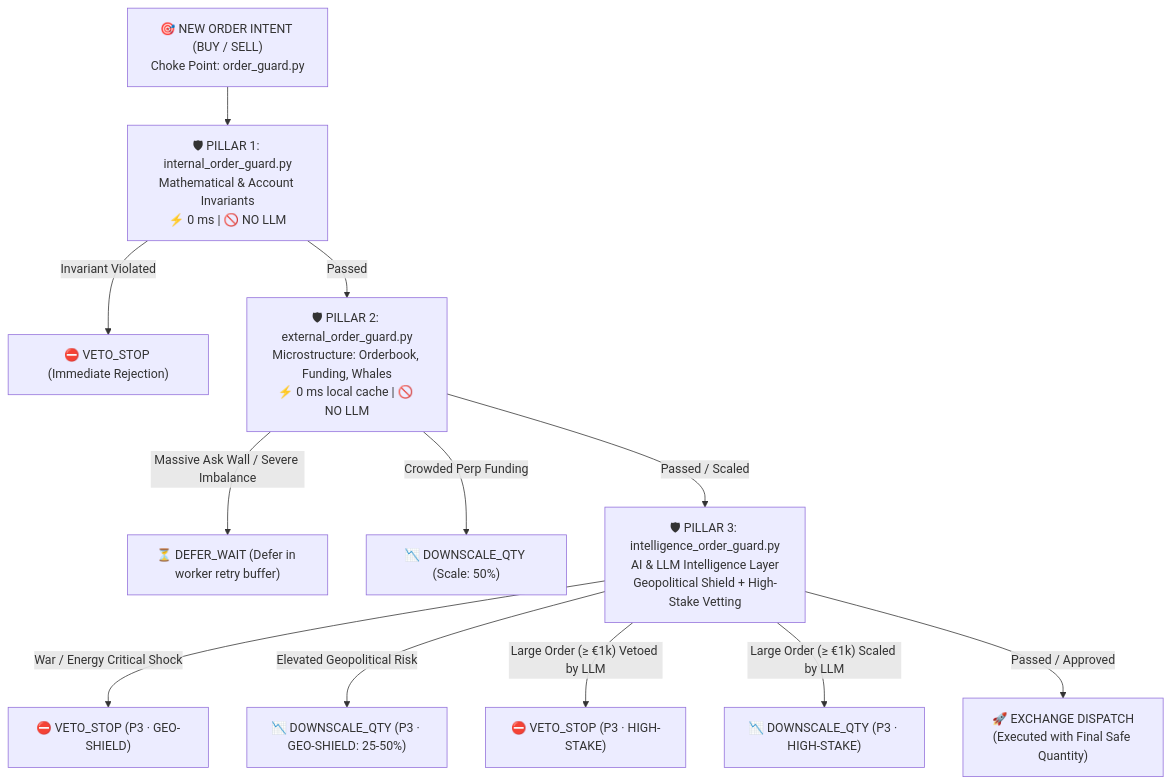
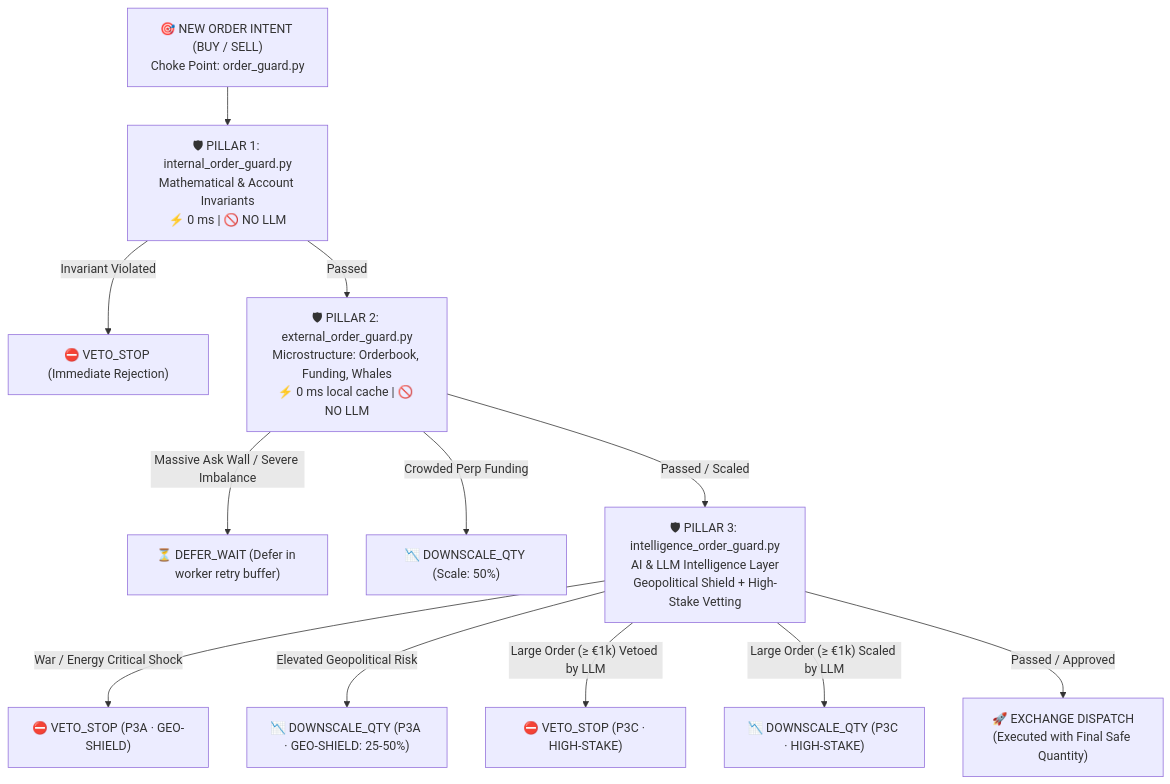
Before and after one commit to mpredut/mptrade: the diagram in docs/GUARDS_AND_BRAKES_ARCHITECTURE.md, drawn with Mermaid. The commit also changed other lines of this file and 10 other files, not shown here.

````diff
--- a/docs/GUARDS_AND_BRAKES_ARCHITECTURE.md
+++ b/docs/GUARDS_AND_BRAKES_ARCHITECTURE.md
@@ -15,17 +15,17 @@
 ```mermaid
 flowchart TD
     Order["🎯 NEW ORDER INTENT (BUY / SELL)\nChoke Point: order_guard.py"] --> P1["🛡 PILLAR 1: internal_order_guard.py\nMathematical & Account Invariants\n⚡ 0 ms | 🚫 NO LLM"]
     
     P1 -- Invariant Violated --> VetoP1["⛔ VETO_STOP (Immediate Rejection)"]
     P1 -- Passed --> P2["🛡 PILLAR 2: external_order_guard.py\nMicrostructure: Orderbook, Funding, Whales\n⚡ 0 ms local cache | 🚫 NO LLM"]
     
     P2 -- Massive Ask Wall / Severe Imbalance --> DeferP2["⏳ DEFER_WAIT (Defer in worker retry buffer)"]
     P2 -- Crowded Perp Funding --> ScaleP2["📉 DOWNSCALE_QTY (Scale: 50%)"]
     P2 -- Passed / Scaled --> P3["🛡 PILLAR 3: intelligence_order_guard.py\nAI & LLM Intelligence Layer\nGeopolitical Shield + High-Stake Vetting"]
     
-    P3 -- War / Energy Critical Shock --> VetoGeo["⛔ VETO_STOP (P3 · GEO-SHIELD)"]
-    P3 -- Elevated Geopolitical Risk --> ScaleGeo["📉 DOWNSCALE_QTY (P3 · GEO-SHIELD: 25-50%)"]
-    P3 -- Large Order (≥ €1k) Vetoed by LLM --> VetoStake["⛔ VETO_STOP (P3 · HIGH-STAKE)"]
-    P3 -- Large Order (≥ €1k) Scaled by LLM --> ScaleStake["📉 DOWNSCALE_QTY (P3 · HIGH-STAKE)"]
+    P3 -- War / Energy Critical Shock --> VetoGeo["⛔ VETO_STOP (P3A · GEO-SHIELD)"]
+    P3 -- Elevated Geopolitical Risk --> ScaleGeo["📉 DOWNSCALE_QTY (P3A · GEO-SHIELD: 25-50%)"]
+    P3 -- Large Order (≥ €1k) Vetoed by LLM --> VetoStake["⛔ VETO_STOP (P3C · HIGH-STAKE)"]
+    P3 -- Large Order (≥ €1k) Scaled by LLM --> ScaleStake["📉 DOWNSCALE_QTY (P3C · HIGH-STAKE)"]
     P3 -- Passed / Approved --> Exec["🚀 EXCHANGE DISPATCH\n(Executed with Final Safe Quantity)"]
 ```
````
